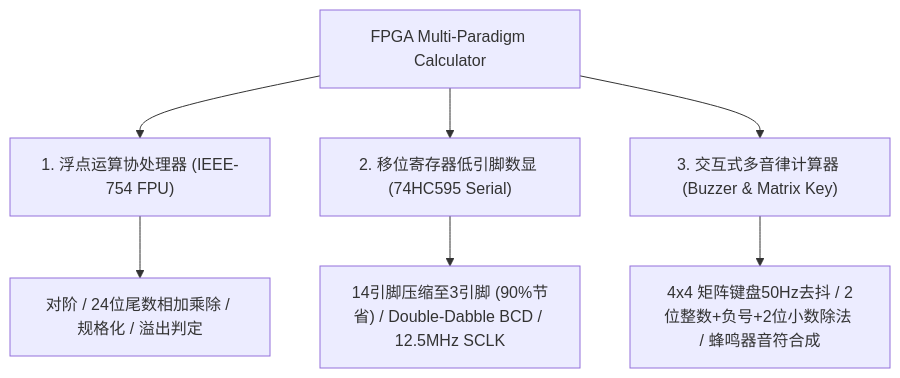
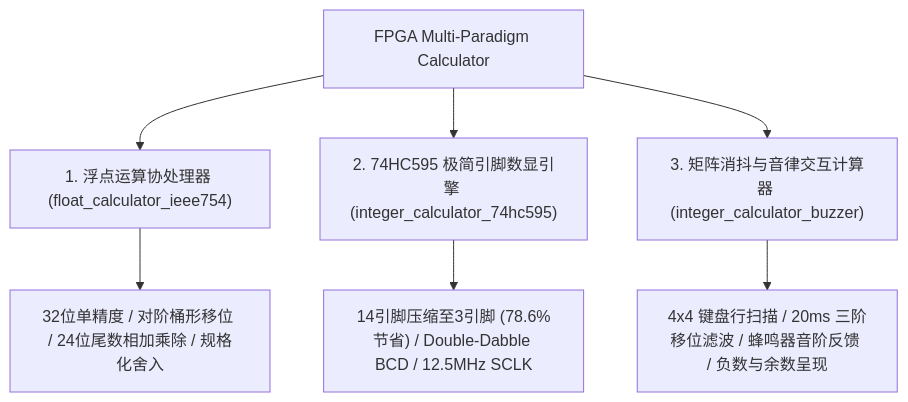
Before and after one commit to DongFengPo1412/Design-of-Simple-Calculator-Based-on-FPGA: the first of 3 diagrams in README.md, drawn with Mermaid. The commit also changed other lines of this file and 10 other files, not shown here.

Commit message:
docs: optimize multi-paradigm calculator documentation with authentic hardware demo and architectural schematics

````diff
--- a/README.md
+++ b/README.md
@@ -48,10 +97,10 @@
 ```mermaid
 graph TD
-    Root["FPGA Multi-Paradigm Calculator"] --> FPU["1. 浮点运算协处理器 (IEEE-754 FPU)"]
-    Root --> HC595["2. 移位寄存器低引脚数显 (74HC595 Serial)"]
-    Root --> Buzzer["3. 交互式多音律计算器 (Buzzer & Matrix Key)"]
+    Root["FPGA Multi-Paradigm Calculator"] --> FPU["1. 浮点运算协处理器 (float_calculator_ieee754)"]
+    Root --> HC595["2. 74HC595 极简引脚数显引擎 (integer_calculator_74hc595)"]
+    Root --> Buzzer["3. 矩阵消抖与音律交互计算器 (integer_calculator_buzzer)"]
     
-    FPU --> FPU_Features["对阶 / 24位尾数相加乘除 / 规格化 / 溢出判定"]
-    HC595 --> HC595_Features["14引脚压缩至3引脚 (90%节省) / Double-Dabble BCD / 12.5MHz SCLK"]
-    Buzzer --> Buzzer_Features["4x4 矩阵键盘50Hz去抖 / 2位整数+负号+2位小数除法 / 蜂鸣器音符合成"]
+    FPU --> F_Feat["32位单精度 / 对阶桶形移位 / 24位尾数相加乘除 / 规格化舍入"]
+    HC595 --> H_Feat["14引脚压缩至3引脚 (78.6%节省) / Double-Dabble BCD / 12.5MHz SCLK"]
+    Buzzer --> B_Feat["4x4 键盘行扫描 / 20ms 三阶移位滤波 / 蜂鸣器音阶反馈 / 负数与余数呈现"]
 ```
````
